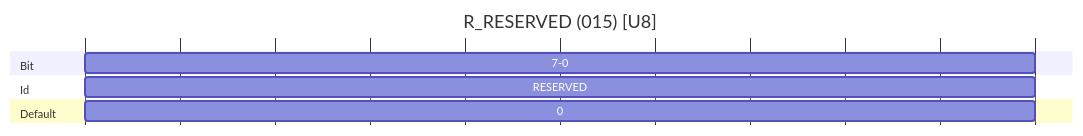
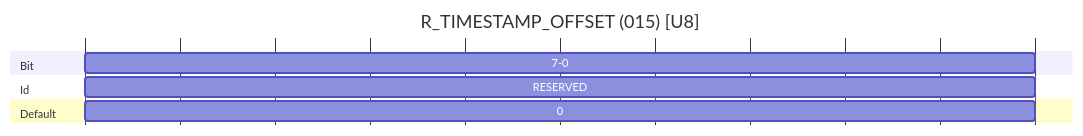
Diagram 19 of 19 in Device.md (harp-tech/protocol), drawn with Mermaid before and after one commit. The commit also changed other lines of this file, not shown here.

````diff
--- a/Device.md
+++ b/Device.md
@@ -623,19 +776,19 @@
 ```mermaid
 ---
 displayMode: compact
 ---
 
 gantt
-    title R_RESERVED (015) [U8]
+    title R_TIMESTAMP_OFFSET (015) [U8]
 
     dateFormat X
     axisFormat %
     tickInterval 0
 
     section Bit
     7-0      :byte1, 0, 1
     section Id
     RESERVED      :id1, 0, 1
     section Default
     0      :d1, 0, 1
 ```
````
